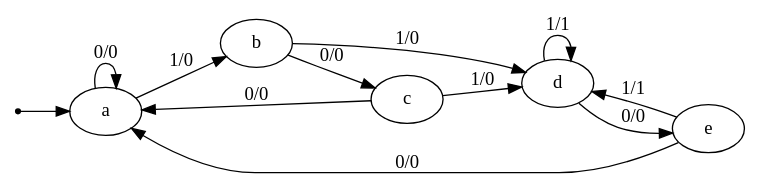
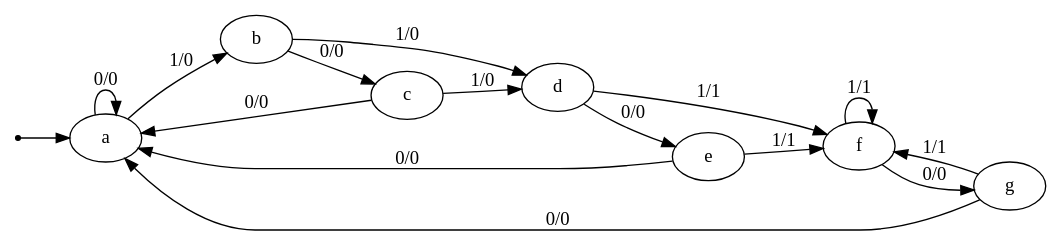
The diagram in example/myTest/kiss/case1/input.dot (Ting-Tech/StateMinimization), drawn with Graphviz before and after one commit. The commit also changed 16 other files, not shown here.

```diff
--- a/example/myTest/kiss/case1/input.dot
+++ b/example/myTest/kiss/case1/input.dot
@@ -1,22 +1,28 @@
 digraph STG {
 	rankdir=LR;
 
 	INIT [shape=point];
 	a [label="a"];
 	b [label="b"];
 	c [label="c"];
 	d [label="d"];
 	e [label="e"];
+	f [label="f"];
+	g [label="g"];
 
 	INIT -> a;
 	a -> a [label="0/0"];
 	a -> b [label="1/0"];
 	b -> c [label="0/0"];
 	b -> d [label="1/0"];
 	c -> a [label="0/0"];
 	c -> d [label="1/0"];
-	d -> d [label="1/1"];
 	d -> e [label="0/0"];
+	d -> f [label="1/1"];
 	e -> a [label="0/0"];
-	e -> d [label="1/1"];
+	e -> f [label="1/1"];
+	f -> g [label="0/0"];
+	f -> f [label="1/1"];
+	g -> a [label="0/0"];
+	g -> f [label="1/1"];
 }
```
